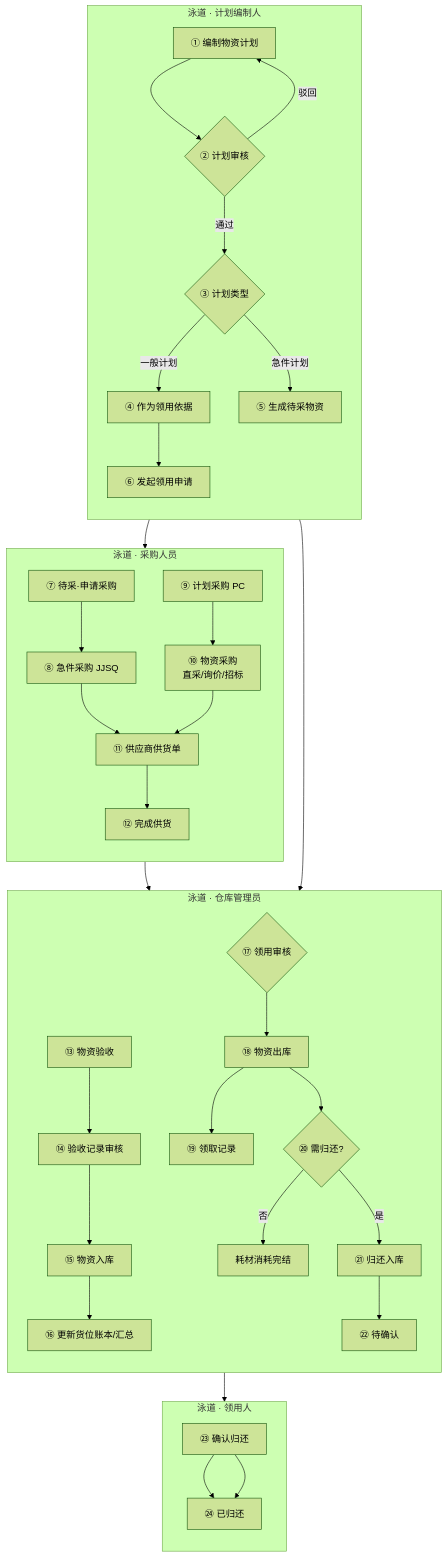
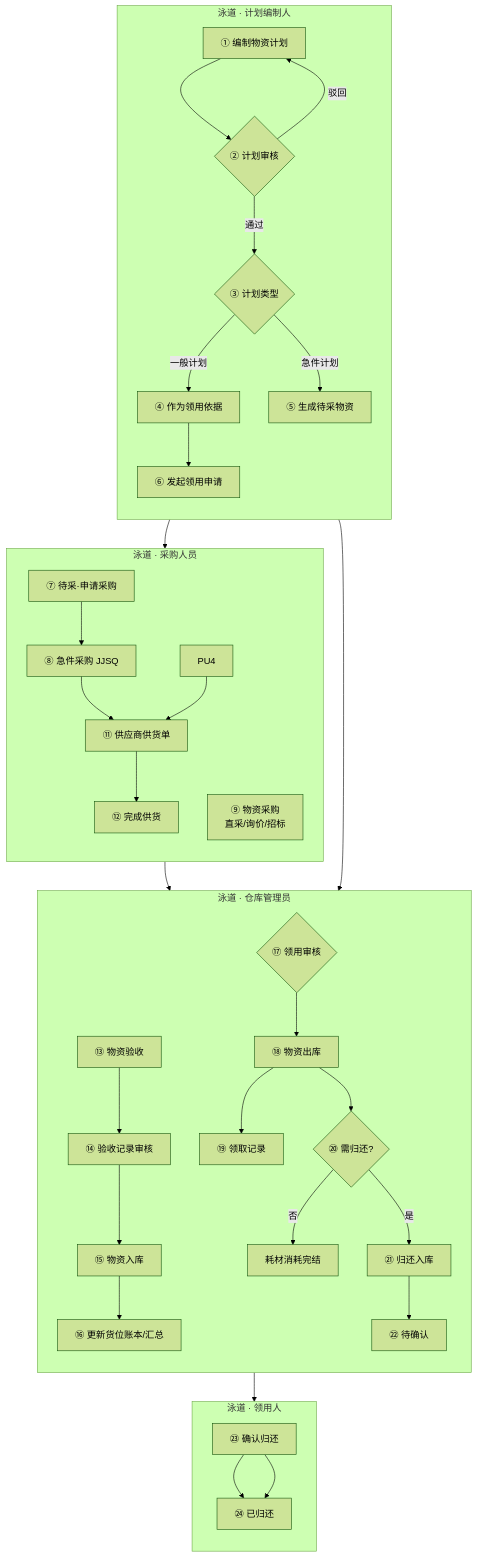
Before and after one commit to liaoliao66/wms: the first of 28 diagrams in docs/prd.md, drawn with Mermaid (forest theme). The commit also changed other lines of this file and 2 other files, not shown here.

````diff
--- a/docs/prd.md
+++ b/docs/prd.md
@@ -168,45 +289,45 @@
 ```mermaid
 flowchart TB
     subgraph lane_plan["泳道 · 计划编制人"]
         direction TB
         P1["① 编制物资计划"] --> P2{"② 计划审核"}
         P2 -->|"驳回"| P1
         P2 -->|"通过"| P3{"③ 计划类型"}
         P3 -->|"一般计划"| P4["④ 作为领用依据"]
         P3 -->|"急件计划"| P5["⑤ 生成待采物资"]
         P4 --> P6["⑥ 发起领用申请"]
     end
 
     subgraph lane_purchase["泳道 · 采购人员"]
         direction TB
         PU1["⑦ 待采·申请采购"] --> PU2["⑧ 急件采购 JJSQ"]
-        PU3["⑨ 计划采购 PC"] --> PU4["⑩ 物资采购<br/>直采/询价/招标"]
+        PU3["⑨ 物资采购<br/>直采/询价/招标"]
         PU2 --> PU5["⑪ 供应商供货单"]
         PU4 --> PU5
         PU5 --> PU6["⑫ 完成供货"]
     end
 
     subgraph lane_wh["泳道 · 仓库管理员"]
         direction TB
         W1["⑬ 物资验收"] --> W2["⑭ 验收记录审核"]
         W2 --> W3["⑮ 物资入库"]
         W3 --> W4["⑯ 更新货位账本/汇总"]
         W5{"⑰ 领用审核"} --> W6["⑱ 物资出库"]
         W6 --> W7["⑲ 领取记录"]
         W6 --> W8{"⑳ 需归还?"}
         W8 -->|"否"| W9["耗材消耗完结"]
         W8 -->|"是"| W10["㉑ 归还入库"]
         W10 --> W11["㉒ 待确认"]
     end
 
     subgraph lane_user["泳道 · 领用人"]
         direction TB
         U1["㉓ 确认归还"] --> U2["㉔ 已归还"]
     end
 
     P5 --> PU1
     P6 --> W5
     PU6 --> W1
     W11 --> U1
     U1 --> U2
 ```
````
